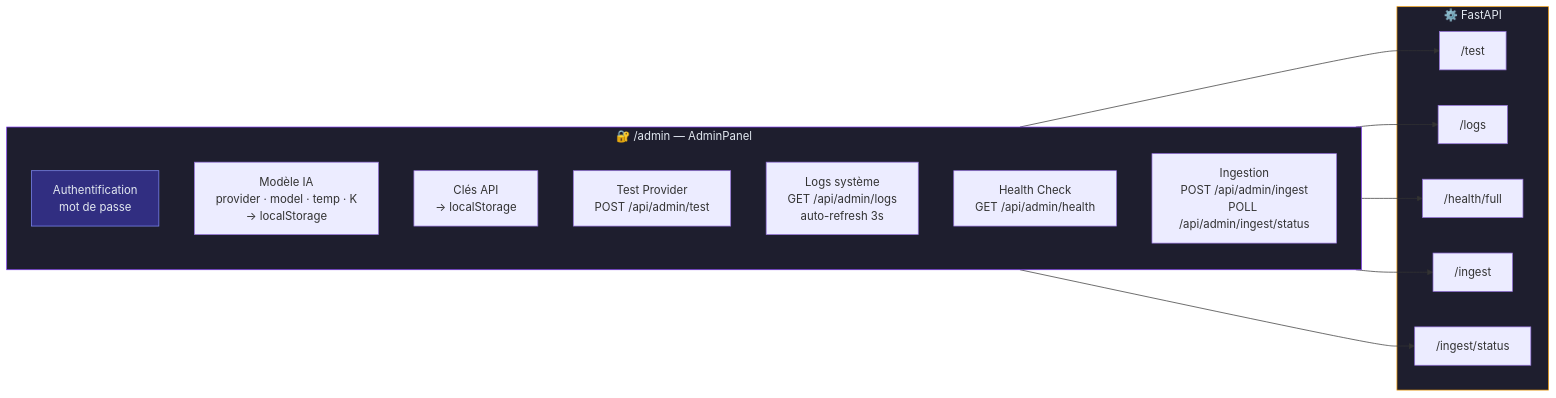
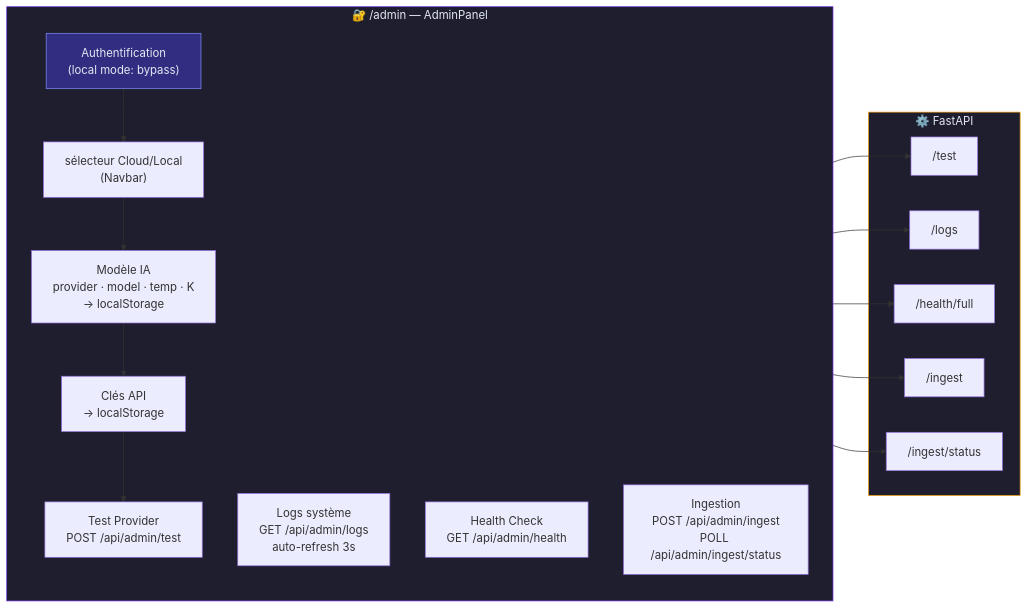
One commit to dlz-dev/HELMo-ORACLE changed the fifth of 5 diagrams in docs/workflow.md. Above: the diagram before and after it, drawn with Mermaid. The commit also changed other lines of this file and 12 other files, not shown here.

````diff
--- a/docs/workflow.md
+++ b/docs/workflow.md
@@ -266,31 +309,36 @@
 ```mermaid
 flowchart LR
     subgraph ADMIN ["🔐 /admin — AdminPanel"]
         direction TB
-        AUTH["Authentification\nmot de passe"]
+        AUTH["Authentification\n(local mode: bypass)"]
+        MODE[" sélecteur Cloud/Local\n(Navbar)"]
         MODEL["Modèle IA\nprovider · model · temp · K\n→ localStorage"]
         KEYS["Clés API\n→ localStorage"]
         TEST["Test Provider\nPOST /api/admin/test"]
         LOGS["Logs système\nGET /api/admin/logs\nauto-refresh 3s"]
         HEALTH["Health Check\nGET /api/admin/health"]
         INGEST["Ingestion\nPOST /api/admin/ingest\nPOLL /api/admin/ingest/status"]
     end
 
     subgraph BACKEND ["⚙️ FastAPI"]
         T["/test"]
         L["/logs"]
         H["/health/full"]
         I["/ingest"]
         IS["/ingest/status"]
     end
 
+    AUTH --> MODE
+    MODE --> MODEL
+    MODEL --> KEYS
+    KEYS --> TEST
     TEST --> T
     LOGS --> L
     HEALTH --> H
     INGEST --> I
     INGEST --> IS
 
     style ADMIN   fill:#1e1e2e,stroke:#7c3aed,color:#e2e8f0
     style BACKEND fill:#1e1e2e,stroke:#f59e0b,color:#e2e8f0
     style AUTH    fill:#312e81,stroke:#818cf8,color:#e2e8f0
 ```
````
